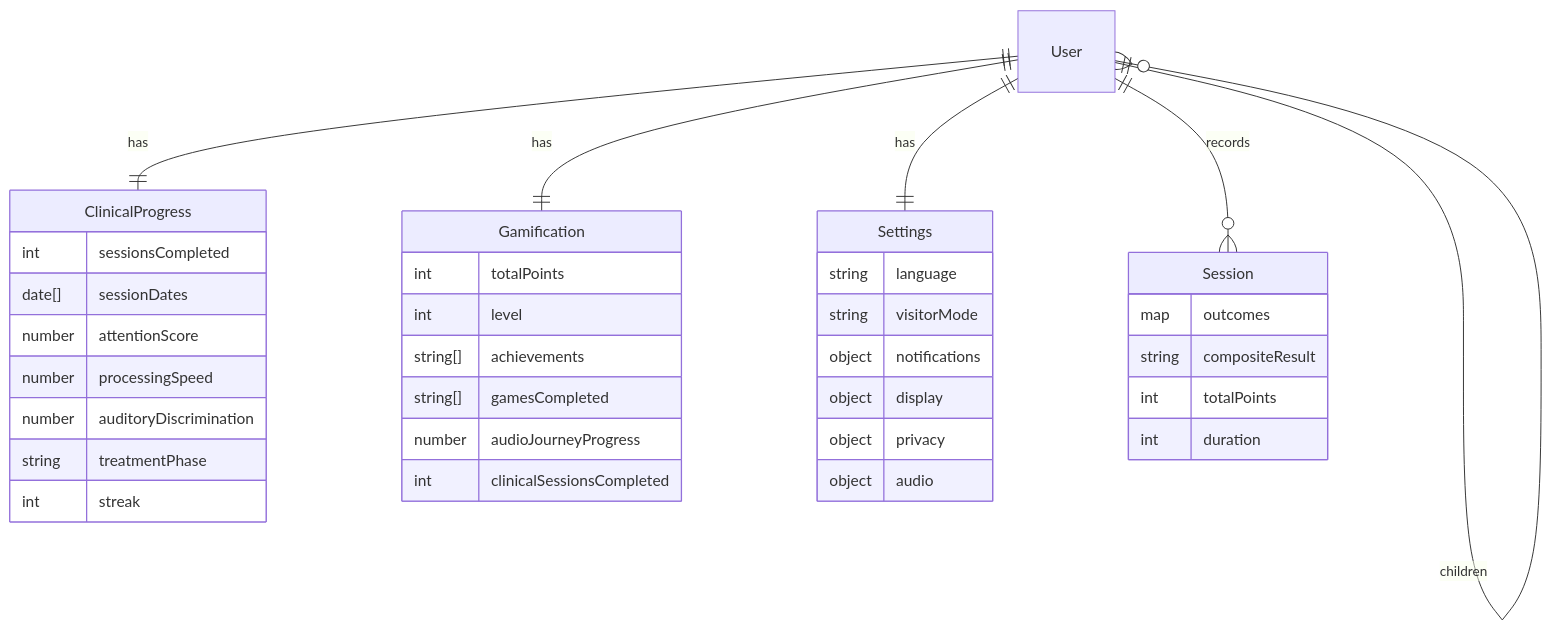
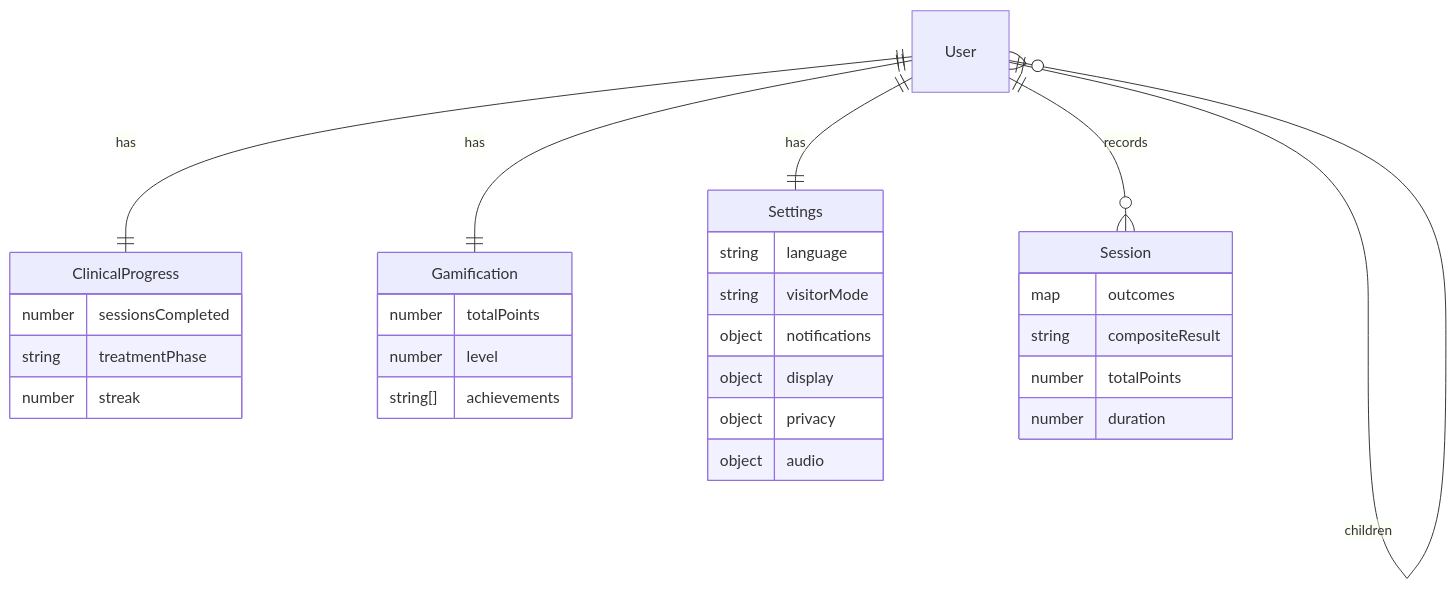
One commit to zarzar94/lotusfinalversion changed the second of 5 diagrams in docs/ARCHITECTURE_DIAGRAMS.md. Above: the diagram before and after it, drawn with Mermaid. The commit also changed other lines of this file and 6 other files, not shown here.

````diff
--- a/docs/ARCHITECTURE_DIAGRAMS.md
+++ b/docs/ARCHITECTURE_DIAGRAMS.md
@@ -17,39 +14,12 @@
 ```mermaid
 erDiagram
   User ||--|| ClinicalProgress : has
   User ||--|| Gamification : has
   User ||--|| Settings : has
   User ||--o{ Session : records
   User ||--o{ User : children
-  ClinicalProgress {
-    int sessionsCompleted
-    date[] sessionDates
-    number attentionScore
-    number processingSpeed
-    number auditoryDiscrimination
-    string treatmentPhase
-    int streak
-  }
-  Gamification {
-    int totalPoints
-    int level
-    string[] achievements
-    string[] gamesCompleted
-    number audioJourneyProgress
-    int clinicalSessionsCompleted
-  }
-  Session {
-    map outcomes
-    string compositeResult
-    int totalPoints
-    int duration
-  }
-  Settings {
-    string language
-    string visitorMode
-    object notifications
-    object display
-    object privacy
-    object audio
-  }
+  ClinicalProgress { number sessionsCompleted string treatmentPhase number streak }
+  Gamification { number totalPoints number level string[] achievements }
+  Settings { string language string visitorMode object notifications object display object privacy object audio }
+  Session { map outcomes string compositeResult number totalPoints number duration }
 ```
````
